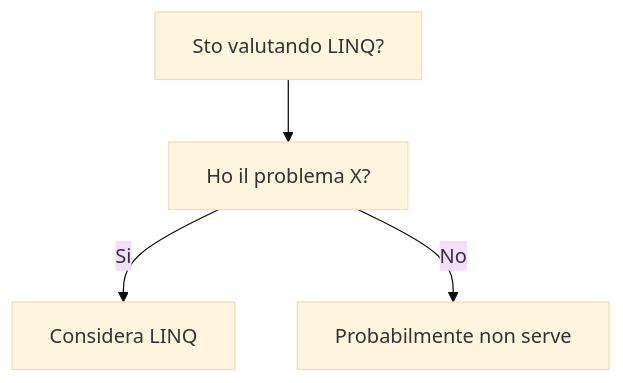
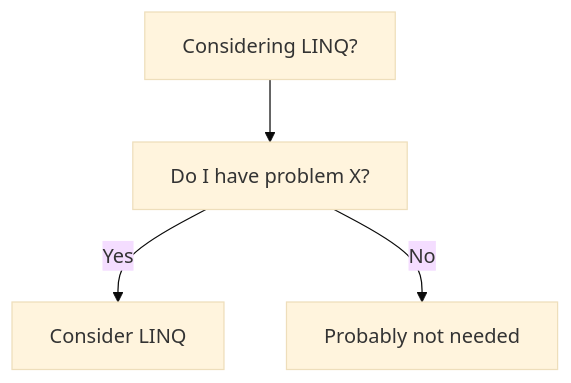
Before and after one commit to HxT9/Software-Dev-Wiki: the diagram in dev-wiki/14_Languages/CSharp/LINQ/When_To_Use.md, drawn with Mermaid (base theme). The commit also changed other lines of this file and 3444 other files, not shown here.

````diff
--- a/dev-wiki/14_Languages/CSharp/LINQ/When_To_Use.md
+++ b/dev-wiki/14_Languages/CSharp/LINQ/When_To_Use.md
@@ -19,6 +19,6 @@
 ```mermaid
 flowchart TD
-  Q[Sto valutando LINQ?] --> Q1[Ho il problema X?]
-  Q1 -->|Si| OK[Considera LINQ]
-  Q1 -->|No| NO[Probabilmente non serve]
+  Q[Considering LINQ?] --> Q1[Do I have problem X?]
+  Q1 -->|Yes| OK[Consider LINQ]
+  Q1 -->|No| NO[Probably not needed]
 ```
````
